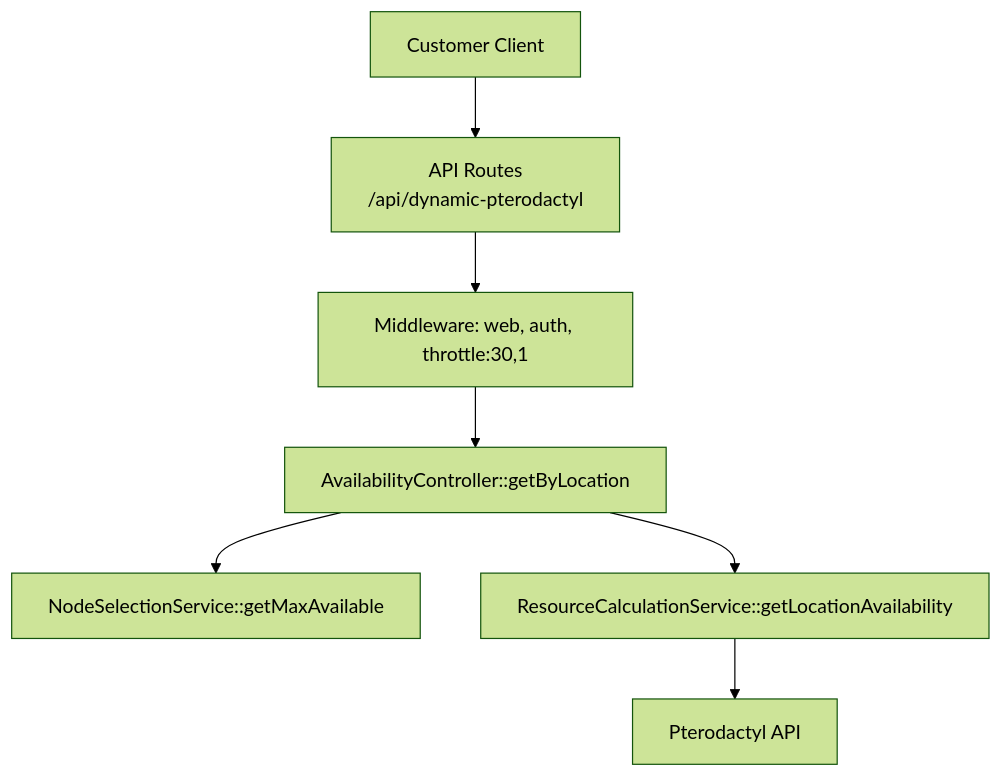
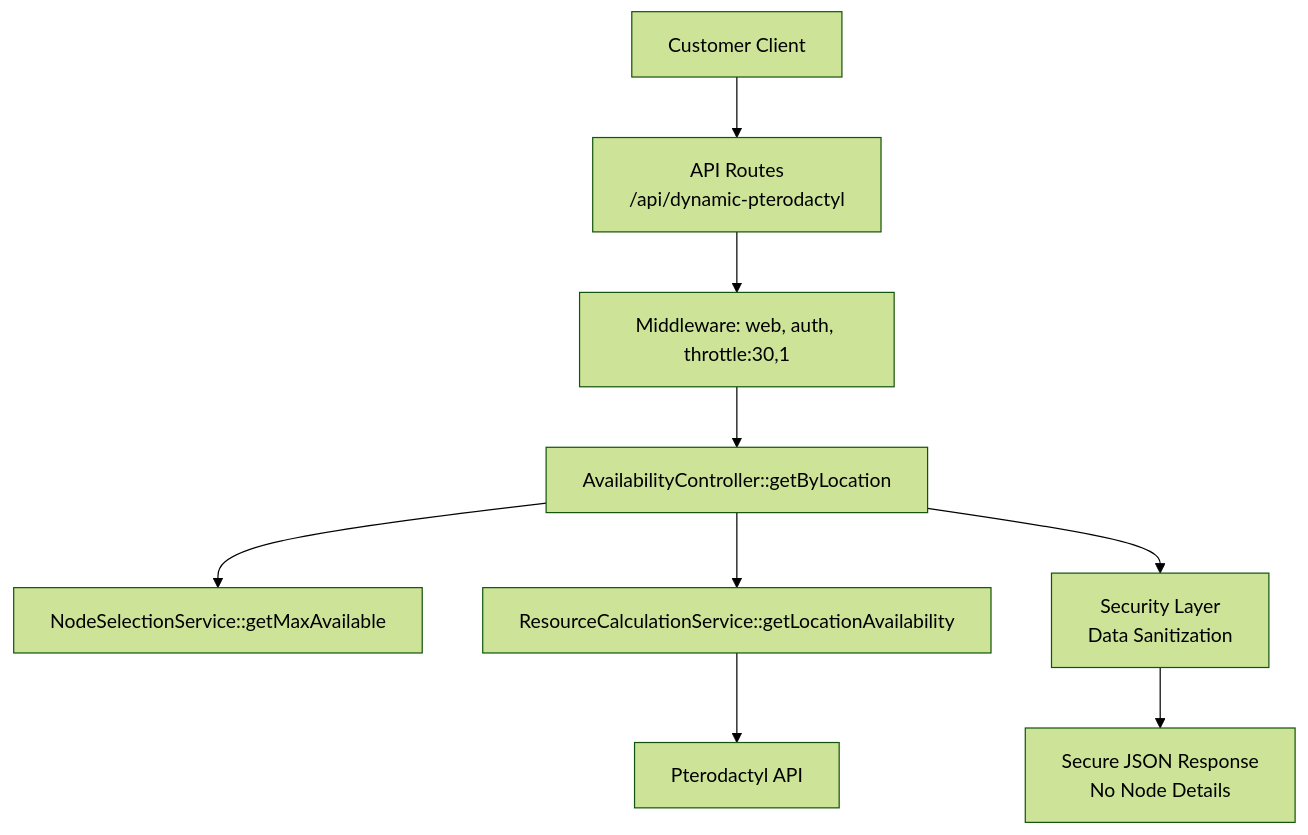
One commit to ObsidianNetwork/dynamic-pterodactyl changed the first of 5 diagrams in .qoder/repowiki/en/content/API Reference/Public API Endpoints/Availability Endpoints.md. Above: the diagram before and after it, drawn with Mermaid (forest theme). The commit also changed other lines of this file and 1 other file, not shown here.

Commit message:
docs: refresh availability security wiki

````diff
--- a/.qoder/repowiki/en/content/API Reference/Public API Endpoints/Availability Endpoints.md
+++ b/.qoder/repowiki/en/content/API Reference/Public API Endpoints/Availability Endpoints.md
@@ -31,9 +39,11 @@
 ```mermaid
 graph TB
 Client["Customer Client"] --> Routes["API Routes<br/>/api/dynamic-pterodactyl"]
 Routes --> MW["Middleware: web, auth, throttle:30,1"]
 MW --> Ctrl["AvailabilityController::getByLocation"]
 Ctrl --> NodeSel["NodeSelectionService::getMaxAvailable"]
 Ctrl --> ResCalc["ResourceCalculationService::getLocationAvailability"]
 ResCalc --> Ptero["Pterodactyl API"]
+Ctrl --> Security["Security Layer<br/>Data Sanitization"]
+Security --> Response["Secure JSON Response<br/>No Node Details"]
 ```
````
